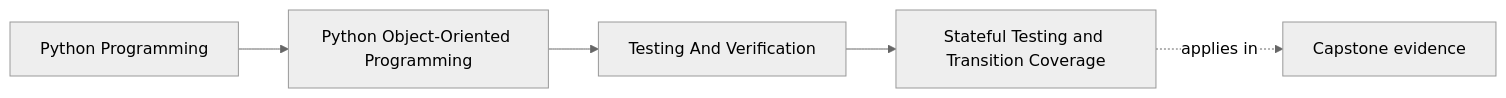
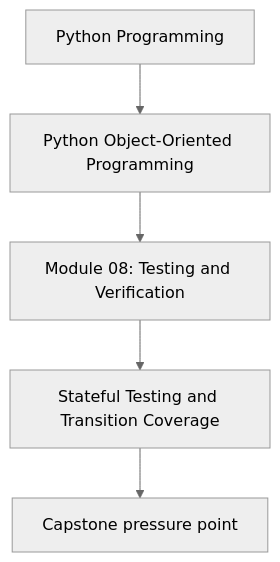
One commit to bijux/bijux-masterclass changed the first of 2 diagrams in programs/python-programming/python-object-oriented-programming/course-book/module-08-testing-and-verification/stateful-testing-and-transition-coverage.md. Above: the diagram before and after it, drawn with Mermaid (neutral theme). The commit also changed other lines of this file and 107 other files, not shown here.

Commit message:
docs(python-object-oriented-programming): align concept page diagrams

````diff
--- a/programs/python-programming/python-object-oriented-programming/course-book/module-08-testing-and-verification/stateful-testing-and-transition-coverage.md
+++ b/programs/python-programming/python-object-oriented-programming/course-book/module-08-testing-and-verification/stateful-testing-and-transition-coverage.md
@@ -7,11 +7,7 @@
 ```mermaid
-graph LR
-  family["Python Programming"]
-  program["Python Object-Oriented Programming"]
-  section["Testing And Verification"]
-  page["Stateful Testing and Transition Coverage"]
-  capstone["Capstone evidence"]
-
-  family --> program --> section --> page
-  page -.applies in.-> capstone
+flowchart TD
+  family["Python Programming"] --> program["Python Object-Oriented Programming"]
+  program --> module["Module 08: Testing and Verification"]
+  module --> concept["Stateful Testing and Transition Coverage"]
+  concept --> capstone["Capstone pressure point"]
 ```
````
